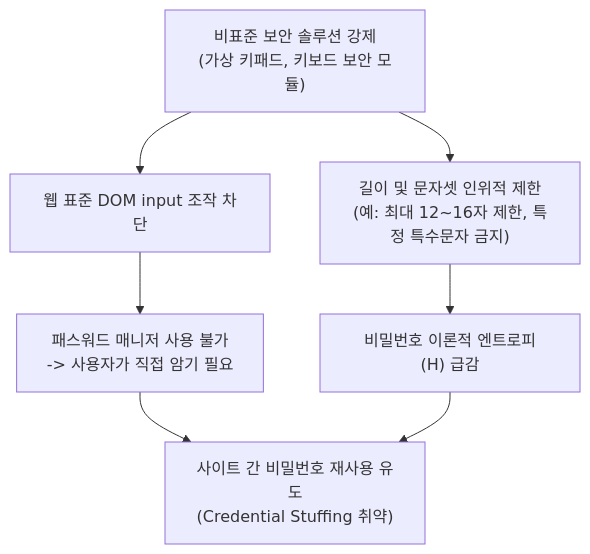
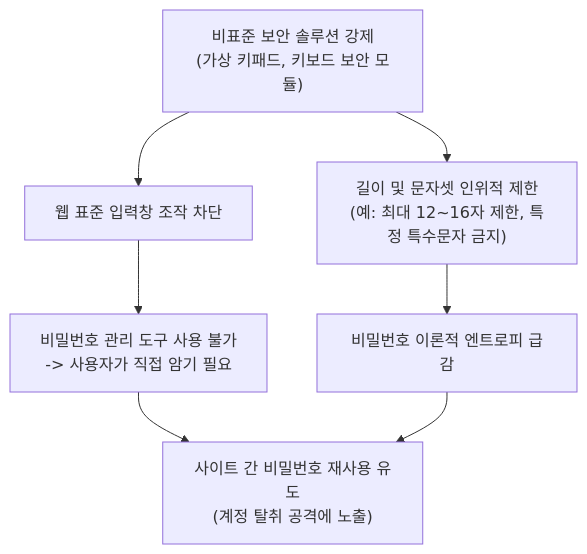
Before and after one commit to mmmphyun/PrfVault: the first of 2 diagrams in docs/03-benchmark-and-dataset-plan.md, drawn with Mermaid. The commit also changed other lines of this file and 4 other files, not shown here.

Commit message:
docs: 50대 사이트 벤치마크 정량 결과 및 아키텍처 다이어그램 README 종합 반영

````diff
--- a/docs/03-benchmark-and-dataset-plan.md
+++ b/docs/03-benchmark-and-dataset-plan.md
@@ -8,9 +13,9 @@
 ```mermaid
 graph TD
-    A["비표준 보안 솔루션 강제<br/>(가상 키패드, 키보드 보안 모듈)"] --> B["웹 표준 DOM input 조작 차단"]
+    A["비표준 보안 솔루션 강제<br/>(가상 키패드, 키보드 보안 모듈)"] --> B["웹 표준 입력창 조작 차단"]
     A --> C["길이 및 문자셋 인위적 제한<br/>(예: 최대 12~16자 제한, 특정 특수문자 금지)"]
-    B --> D["패스워드 매니저 사용 불가<br/>-> 사용자가 직접 암기 필요"]
-    C --> E["비밀번호 이론적 엔트로피(H) 급감"]
-    D --> F["사이트 간 비밀번호 재사용 유도<br/>(Credential Stuffing 취약)"]
+    B --> D["비밀번호 관리 도구 사용 불가<br/>-> 사용자가 직접 암기 필요"]
+    C --> E["비밀번호 이론적 엔트로피 급감"]
+    D --> F["사이트 간 비밀번호 재사용 유도<br/>(계정 탈취 공격에 노출)"]
     E --> F
 ```
````
